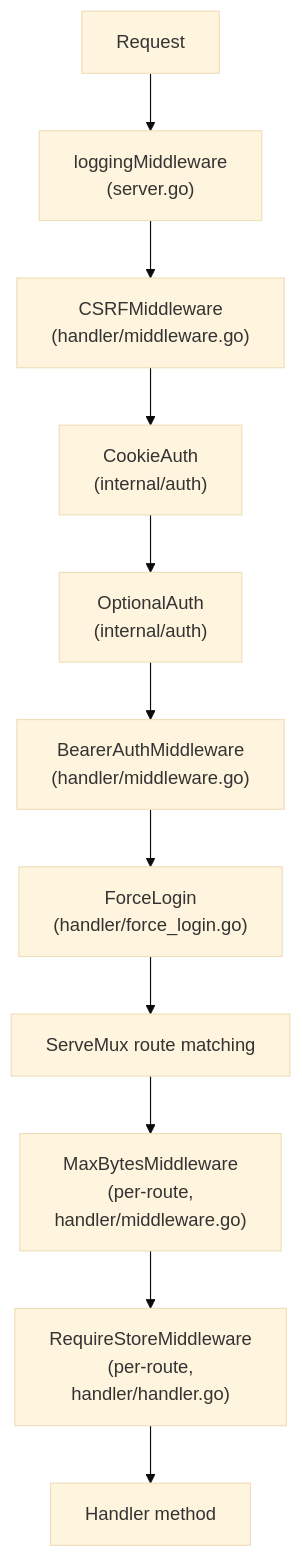
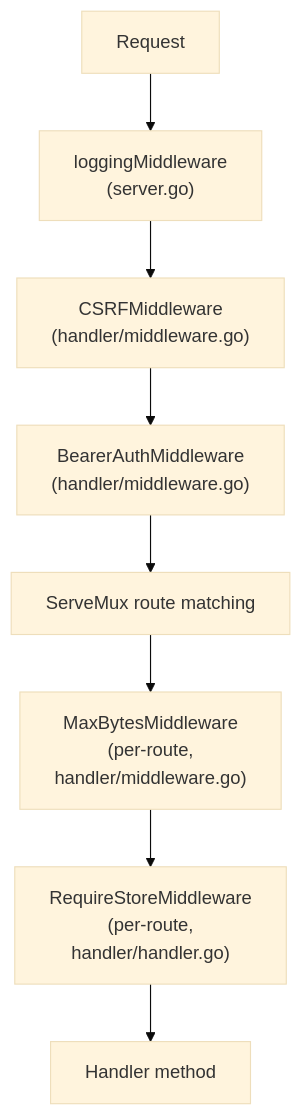
The first of 3 diagrams in docs/internals/api-and-transport.md (changkun/wallfacer), drawn with Mermaid (base theme) before and after one commit. The commit also changed other lines of this file and 22 other files, not shown here.

````diff
--- a/docs/internals/api-and-transport.md
+++ b/docs/internals/api-and-transport.md
@@ -183,13 +159,10 @@
 ```mermaid
 flowchart TD
     Request --> Logging["loggingMiddleware<br/>(server.go)"]
     Logging --> CSRF["CSRFMiddleware<br/>(handler/middleware.go)"]
-    CSRF --> Cookie["CookieAuth<br/>(internal/auth)"]
-    Cookie --> Optional["OptionalAuth<br/>(internal/auth)"]
-    Optional --> Bearer["BearerAuthMiddleware<br/>(handler/middleware.go)"]
-    Bearer --> Force["ForceLogin<br/>(handler/force_login.go)"]
-    Force --> Mux["ServeMux route matching"]
+    CSRF --> Bearer["BearerAuthMiddleware<br/>(handler/middleware.go)"]
+    Bearer --> Mux["ServeMux route matching"]
     Mux --> BodyLimit["MaxBytesMiddleware<br/>(per-route,<br/>handler/middleware.go)"]
     BodyLimit --> StoreGuard["RequireStoreMiddleware<br/>(per-route,<br/>handler/handler.go)"]
     StoreGuard --> Handler["Handler method"]
 ```
````
